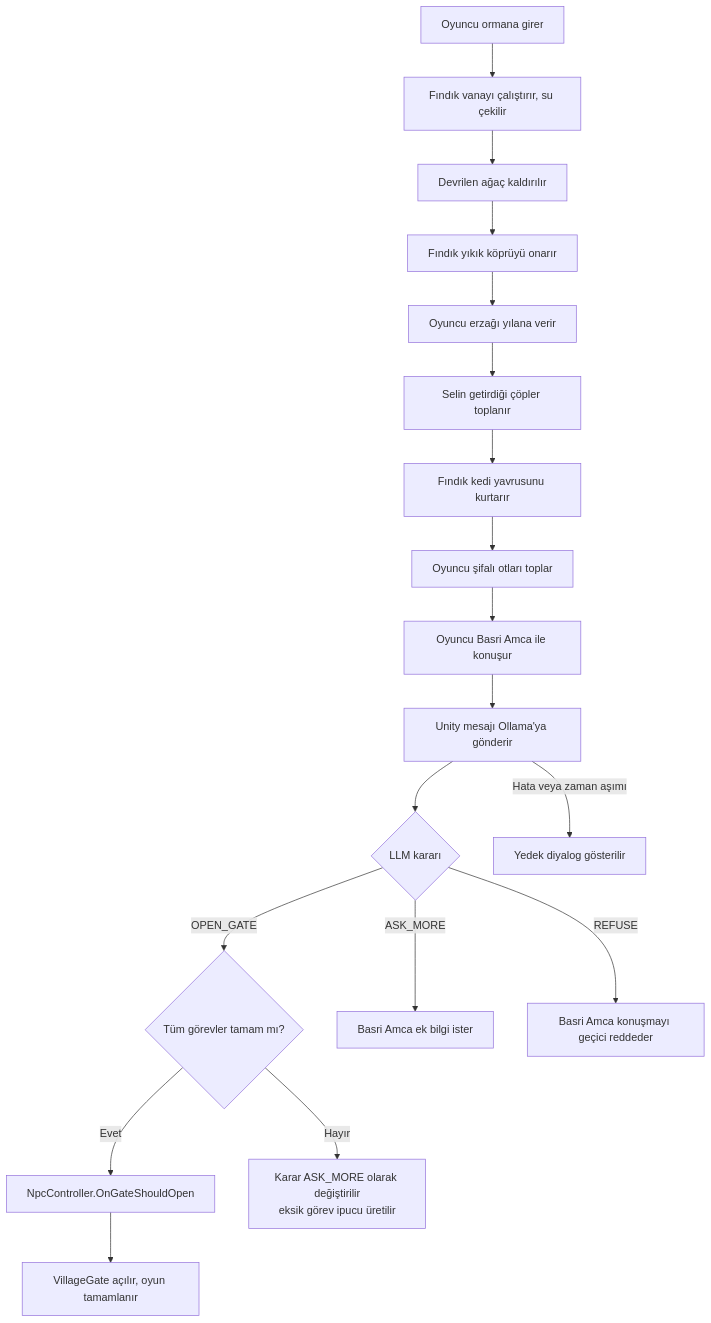
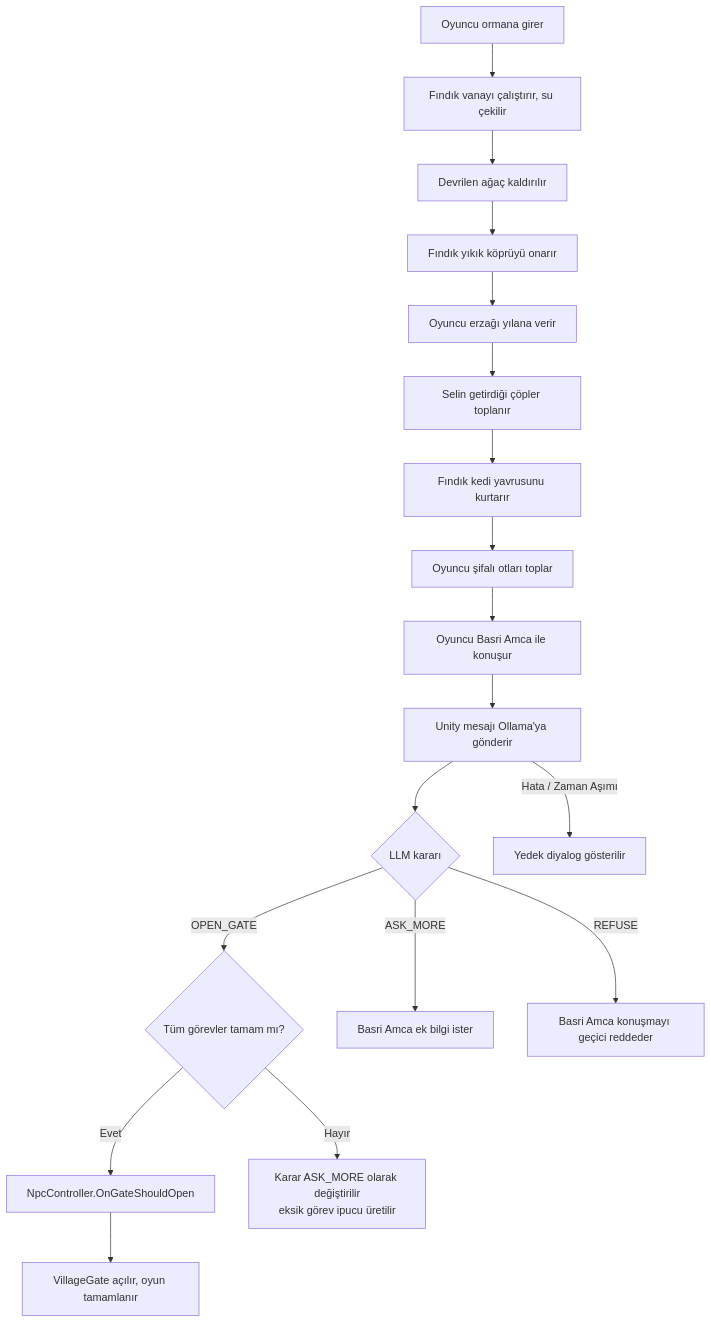
One commit to arihatice92-lab/Kucuk-Otaci changed the second of 2 diagrams in README.md. Above: the diagram before and after it, drawn with Mermaid.

````diff
--- a/README.md
+++ b/README.md
@@ -153,20 +153,20 @@
 ```mermaid
 flowchart TD
-    A[Oyuncu ormana girer] --> B[Fındık vanayı çalıştırır, su çekilir]
-    B --> C[Devrilen ağaç kaldırılır]
-    C --> D[Fındık yıkık köprüyü onarır]
-    D --> E[Oyuncu erzağı yılana verir]
-    E --> F[Selin getirdiği çöpler toplanır]
-    F --> F2[Fındık kedi yavrusunu kurtarır]
-    F2 --> G[Oyuncu şifalı otları toplar]
-    G --> H[Oyuncu Basri Amca ile konuşur]
-    H --> I[Unity mesajı Ollama'ya gönderir]
-    I --> J{LLM kararı}
-    J -->|OPEN_GATE| K{Tüm görevler tamam mı?}
-    K -->|Evet| L[NpcController.OnGateShouldOpen]
-    L --> M[VillageGate açılır, oyun tamamlanır]
-    K -->|Hayır| N[Karar ASK_MORE olarak değiştirilir<br/>eksik görev ipucu üretilir]
-    J -->|ASK_MORE| O[Basri Amca ek bilgi ister]
-    J -->|REFUSE| R[Basri Amca konuşmayı geçici reddeder]
-    I -->|Hata veya zaman aşımı| P[Yedek diyalog gösterilir]
+    A["Oyuncu ormana girer"] --> B["Fındık vanayı çalıştırır, su çekilir"]
+    B --> C["Devrilen ağaç kaldırılır"]
+    C --> D["Fındık yıkık köprüyü onarır"]
+    D --> E["Oyuncu erzağı yılana verir"]
+    E --> F["Selin getirdiği çöpler toplanır"]
+    F --> F2["Fındık kedi yavrusunu kurtarır"]
+    F2 --> G["Oyuncu şifalı otları toplar"]
+    G --> H["Oyuncu Basri Amca ile konuşur"]
+    H --> I["Unity mesajı Ollama'ya gönderir"]
+    I --> J{"LLM kararı"}
+    J -->|"OPEN_GATE"| K{"Tüm görevler tamam mı?"}
+    K -->|"Evet"| L["NpcController.OnGateShouldOpen"]
+    L --> M["VillageGate açılır, oyun tamamlanır"]
+    K -->|"Hayır"| N["Karar ASK_MORE olarak değiştirilir<br/>eksik görev ipucu üretilir"]
+    J -->|"ASK_MORE"| O["Basri Amca ek bilgi ister"]
+    J -->|"REFUSE"| R["Basri Amca konuşmayı geçici reddeder"]
+    I -->|"Hata / Zaman Aşımı"| P["Yedek diyalog gösterilir"]
 ```
````
